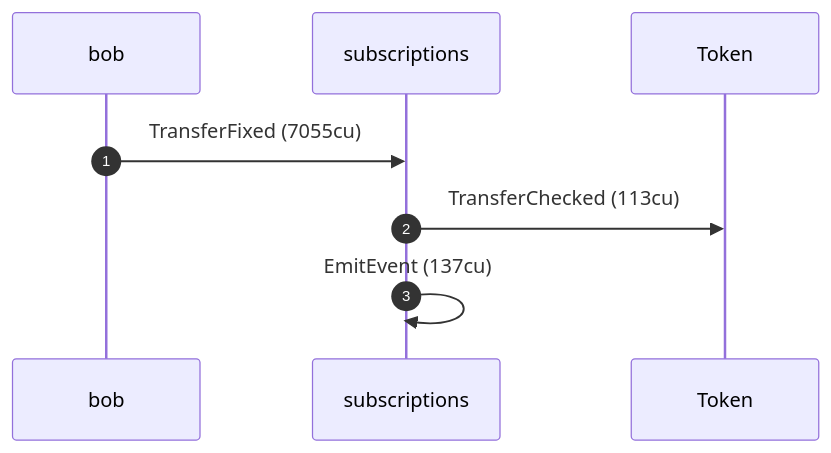
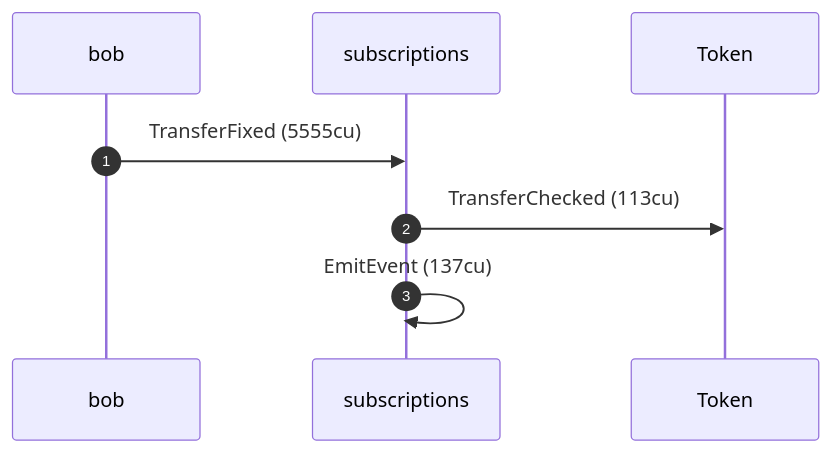
One commit to cds-rs/subscriptions changed the ninth of 12 diagrams in dsl_tests/fixed-transfer-cannot-exceed-the-allowance-across-pulls.md. Above: the diagram before and after it, drawn with Mermaid. The commit also changed other lines of this file and 224 other files, not shown here.

````diff
--- a/dsl_tests/fixed-transfer-cannot-exceed-the-allowance-across-pulls.md
+++ b/dsl_tests/fixed-transfer-cannot-exceed-the-allowance-across-pulls.md
@@ -182,10 +191,10 @@
 ```mermaid
 sequenceDiagram
     autonumber
     participant bob
     participant subscriptions
     participant Token
-    bob ->> subscriptions: TransferFixed (7055cu)
+    bob ->> subscriptions: TransferFixed (5555cu)
     subscriptions ->> Token: TransferChecked (113cu)
     subscriptions ->> subscriptions: EmitEvent (137cu)
 ```
````
